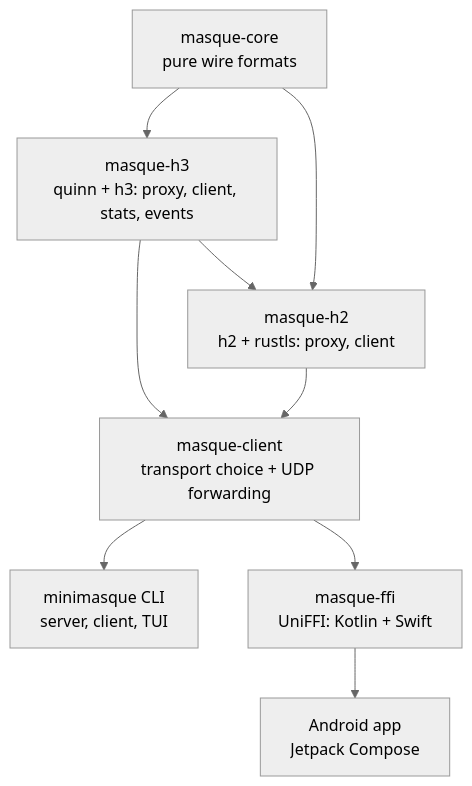
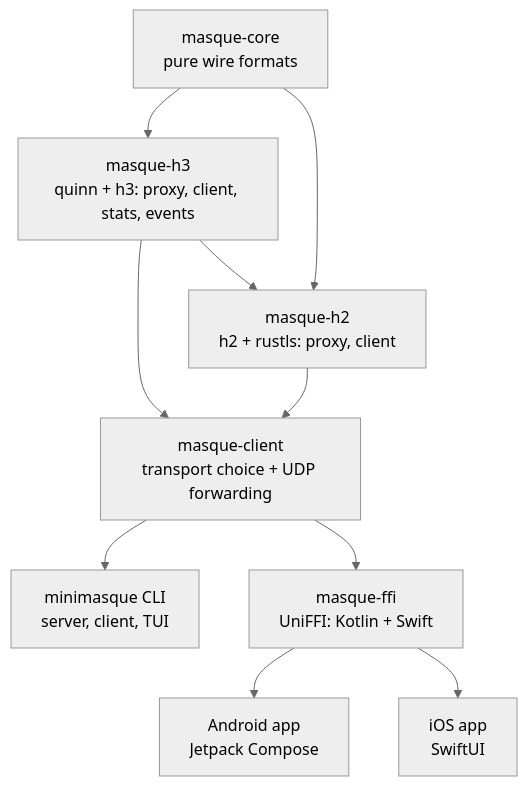
One commit to naimurhasan/minimasque changed the third of 3 diagrams in README.md. Above: the diagram before and after it, drawn with Mermaid (neutral theme). The commit also changed other lines of this file and 17 other files, not shown here.

First line of the commit message:
feat: iOS app (SwiftUI on masque-ffi); fix idle tunnels with QUIC keep-alive

````diff
--- a/README.md
+++ b/README.md
@@ -110,17 +125,19 @@
 ```mermaid
 flowchart TD
     core["masque-core<br/>pure wire formats"]
     h3["masque-h3<br/>quinn + h3: proxy, client, stats, events"]
     h2["masque-h2<br/>h2 + rustls: proxy, client"]
     client["masque-client<br/>transport choice + UDP forwarding"]
     cli["minimasque CLI<br/>server, client, TUI"]
     ffi["masque-ffi<br/>UniFFI: Kotlin + Swift"]
     android["Android app<br/>Jetpack Compose"]
+    ios["iOS app<br/>SwiftUI"]
     core --> h3 --> h2
     core --> h2
     h3 --> client
     h2 --> client
     client --> cli
     client --> ffi
     ffi --> android
+    ffi --> ios
 ```
````
